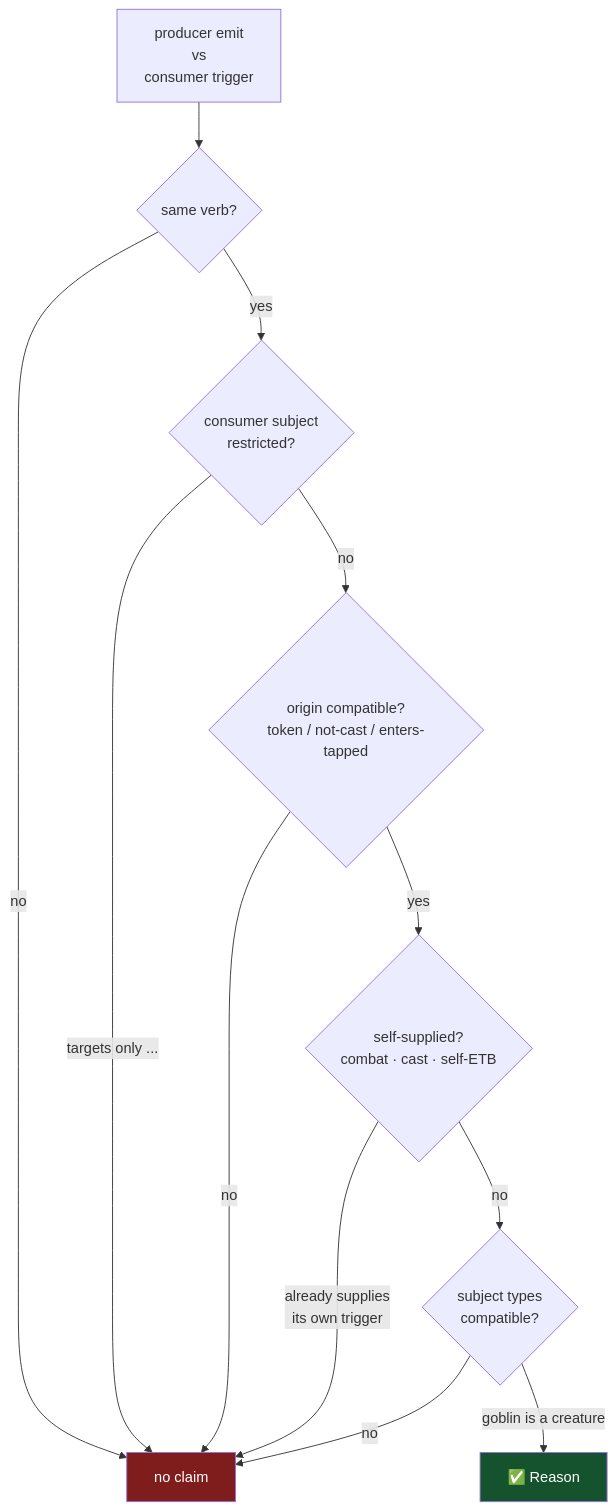
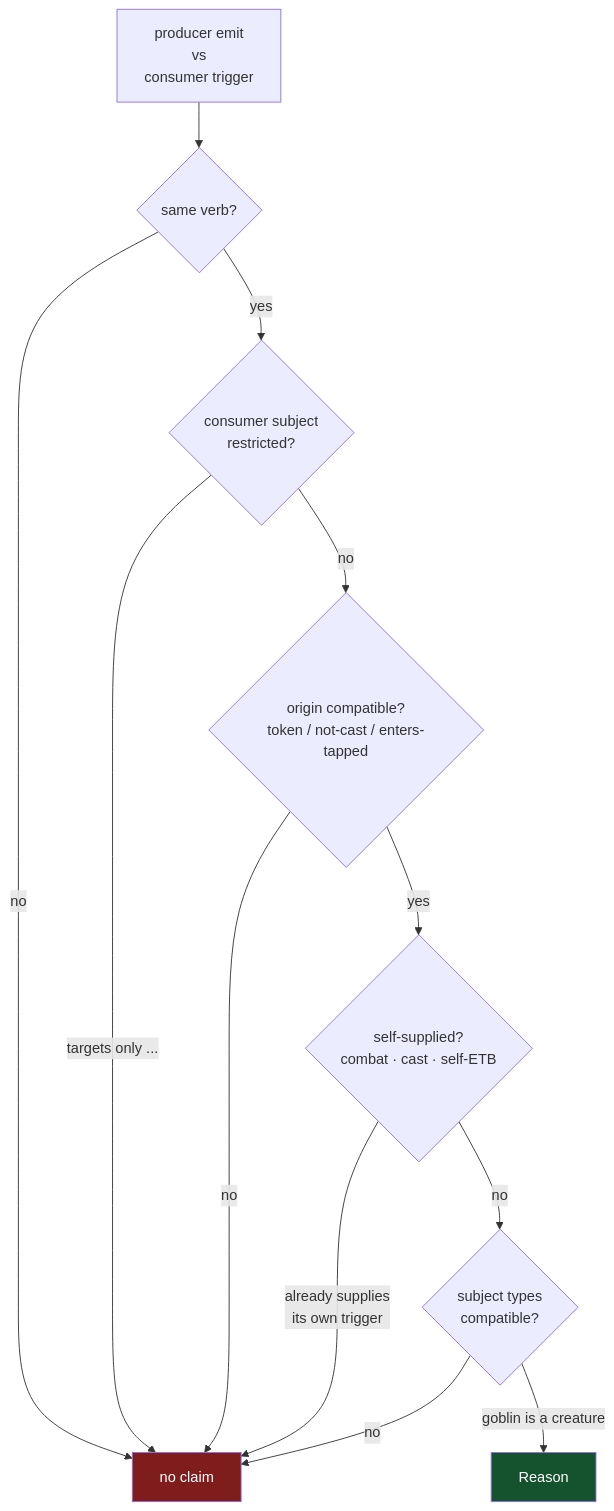
The second of 4 diagrams in docs/HOW-IT-WORKS.md (SetsudanHana/edh-seer), drawn with Mermaid before and after one commit. The commit also changed other lines of this file and 8 other files, not shown here.

````diff
--- a/docs/HOW-IT-WORKS.md
+++ b/docs/HOW-IT-WORKS.md
@@ -178,17 +190,17 @@
 ```mermaid
 flowchart TD
     S["producer emit<br/>vs<br/>consumer trigger"] --> V{same verb?}
     V -->|no| N["no claim"]
     V -->|yes| R{"consumer subject<br/>restricted?"}
     R -->|"targets only ..."| N
     R -->|no| O{"origin compatible?<br/>token / not-cast / enters-tapped"}
     O -->|no| N
     O -->|yes| G{"self-supplied?<br/>combat · cast · self-ETB"}
     G -->|"already supplies<br/>its own trigger"| N
     G -->|no| T{"subject types<br/>compatible?"}
-    T -->|"goblin is a creature"| Y["✅ Reason"]
+    T -->|"goblin is a creature"| Y["Reason"]
     T -->|no| N
 
     style Y fill:#14532d,color:#fff
     style N fill:#7f1d1d,color:#fff
 ```
````
